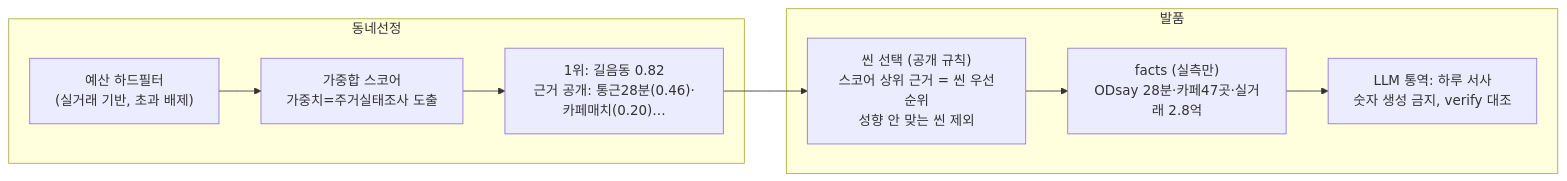
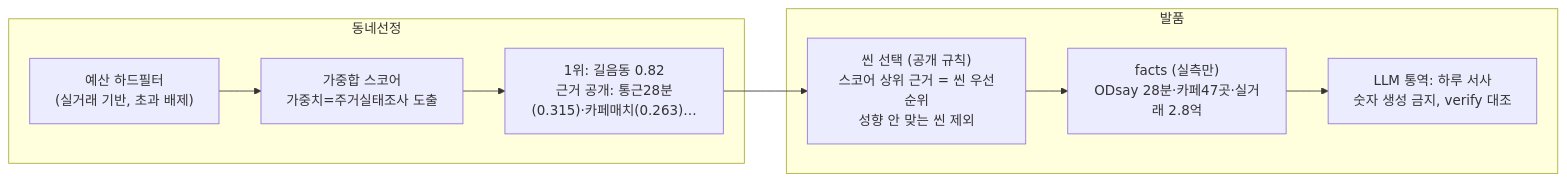
The fourth of 4 diagrams in docs/서비스_E2E_아키텍처.md (kb-manggi-zip/kb-manggi-zip), drawn with Mermaid before and after one commit. The commit also changed other lines of this file and 9 other files, not shown here.

````diff
--- a/docs/서비스_E2E_아키텍처.md
+++ b/docs/서비스_E2E_아키텍처.md
@@ -162,12 +162,12 @@
 ```mermaid
 flowchart LR
     subgraph 동네선정
         F["예산 하드필터<br/>(실거래 기반, 초과 배제)"] --> S["가중합 스코어<br/>가중치=주거실태조사 도출"]
-        S --> R["1위: 길음동 0.82<br/>근거 공개: 통근28분(0.46)·카페매치(0.20)…"]
+        S --> R["1위: 길음동 0.82<br/>근거 공개: 통근28분(0.315)·카페매치(0.263)…"]
     end
     subgraph 발품
         R --> SC["씬 선택 (공개 규칙)<br/>스코어 상위 근거 = 씬 우선순위<br/>성향 안 맞는 씬 제외"]
         SC --> FA["facts (실측만)<br/>ODsay 28분·카페47곳·실거래 2.8억"]
         FA --> NA["LLM 통역: 하루 서사<br/>숫자 생성 금지, verify 대조"]
     end
 ```
````
